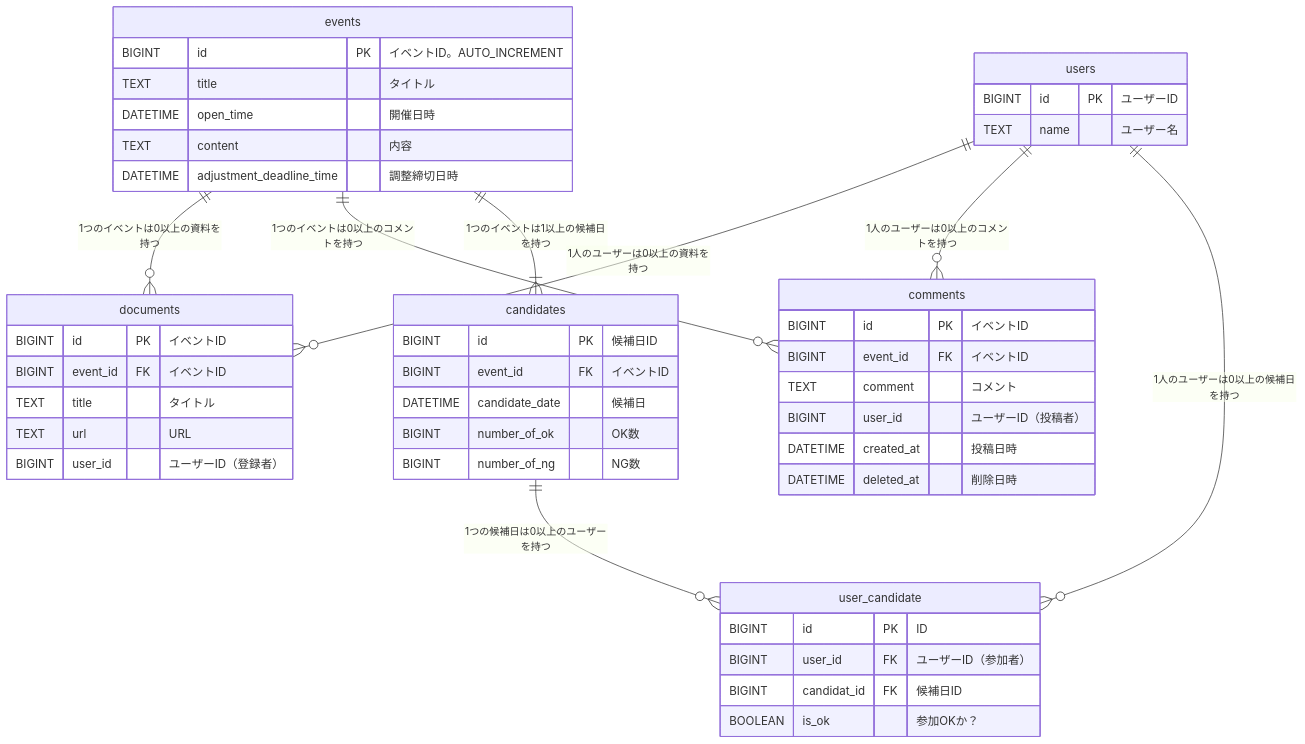
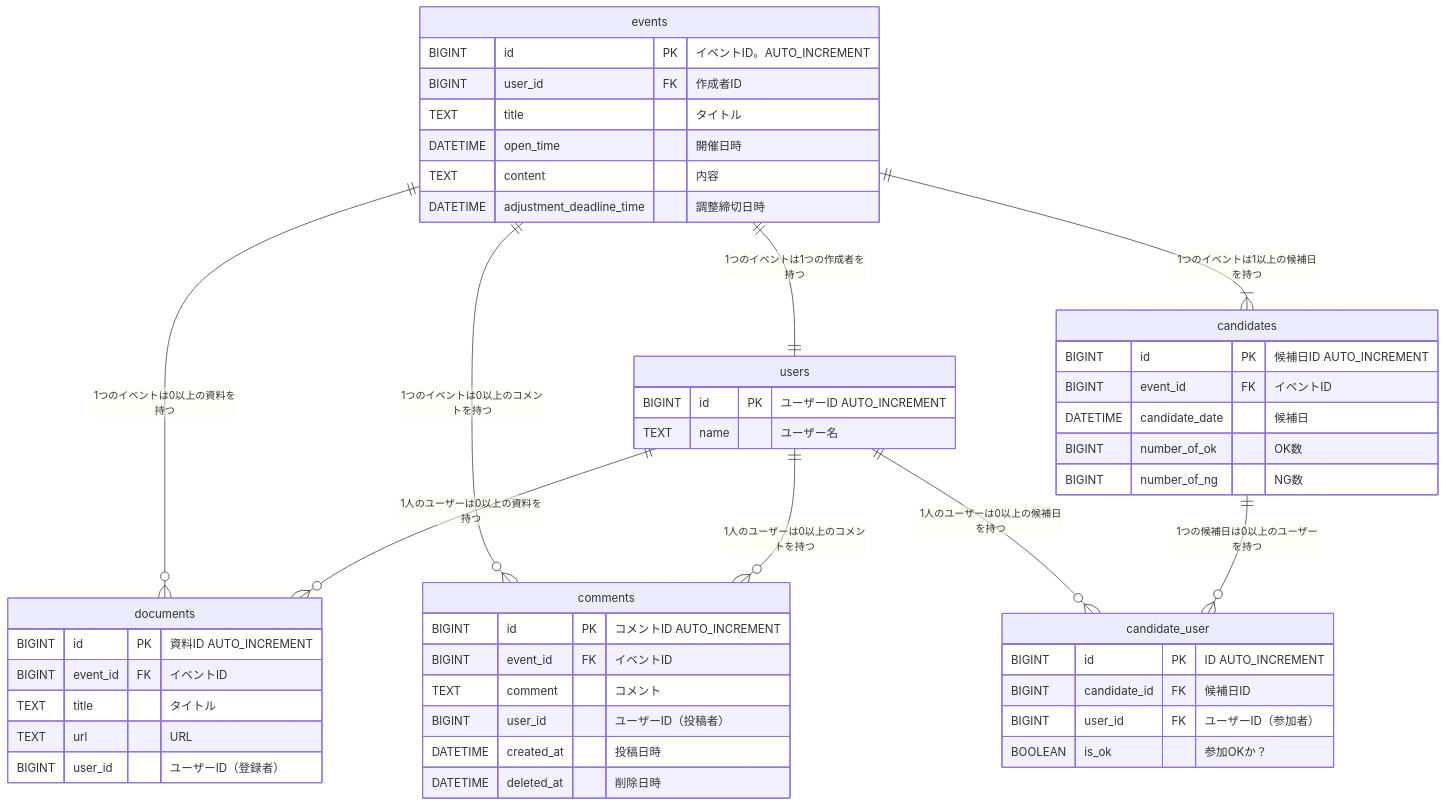
One commit to tmoritoki0227/database changed the diagram in test2.md. Above: the diagram before and after it, drawn with Mermaid.

````diff
--- a/test2.md
+++ b/test2.md
@@ -1,56 +1,58 @@
 ```mermaid
 %%{init:{'theme':'default'}}%%
 erDiagram
 
 events ||--o{ documents: "1つのイベントは0以上の資料を持つ"
 events ||--o{ comments: "1つのイベントは0以上のコメントを持つ"
 events ||--|{ candidates: "1つのイベントは1以上の候補日を持つ"
+events ||--|| users: "1つのイベントは1つの作成者を持つ"
 events {
   BIGINT id PK "イベントID。AUTO_INCREMENT" 
+  BIGINT user_id FK "作成者ID"
   TEXT title  "タイトル"
   DATETIME open_time  "開催日時"
   TEXT content  "内容"
   DATETIME adjustment_deadline_time  "調整締切日時"
 }
 
 users ||--o{ documents: "1人のユーザーは0以上の資料を持つ"
 users ||--o{ comments: "1人のユーザーは0以上のコメントを持つ"
 users {
-  BIGINT id PK "ユーザーID"
+  BIGINT id PK "ユーザーID AUTO_INCREMENT"
   TEXT name "ユーザー名"
 }
 
-users ||--o{ user_candidate: "1人のユーザーは0以上の候補日を持つ"
-candidates ||--o{ user_candidate: "1つの候補日は0以上のユーザーを持つ"
-user_candidate {
-  BIGINT id PK "ID"
+users ||--o{ candidate_user: "1人のユーザーは0以上の候補日を持つ"
+candidates ||--o{ candidate_user: "1つの候補日は0以上のユーザーを持つ"
+candidate_user {
+  BIGINT id PK "ID AUTO_INCREMENT"
+  BIGINT candidate_id FK "候補日ID"
   BIGINT user_id FK "ユーザーID（参加者）"
-  BIGINT candidat_id FK "候補日ID"
   BOOLEAN is_ok "参加OKか？"
 }
 
 candidates {
-  BIGINT id PK "候補日ID"
+  BIGINT id PK "候補日ID AUTO_INCREMENT"
   BIGINT event_id FK "イベントID"
   DATETIME candidate_date "候補日"
   BIGINT number_of_ok "OK数"
   BIGINT number_of_ng "NG数"
 }
 
 documents {
-  BIGINT id PK "イベントID"
+  BIGINT id PK "資料ID AUTO_INCREMENT"
   BIGINT event_id FK "イベントID"
   TEXT title "タイトル"
   TEXT url "URL"
   BIGINT user_id "ユーザーID（登録者）"
 }
 
 comments {
-  BIGINT id PK "イベントID"
+  BIGINT id PK "コメントID AUTO_INCREMENT"
   BIGINT event_id FK "イベントID"
   TEXT comment "コメント"
   BIGINT user_id "ユーザーID（投稿者）"
   DATETIME created_at "投稿日時"
   DATETIME deleted_at "削除日時"
 }
 ```
````
